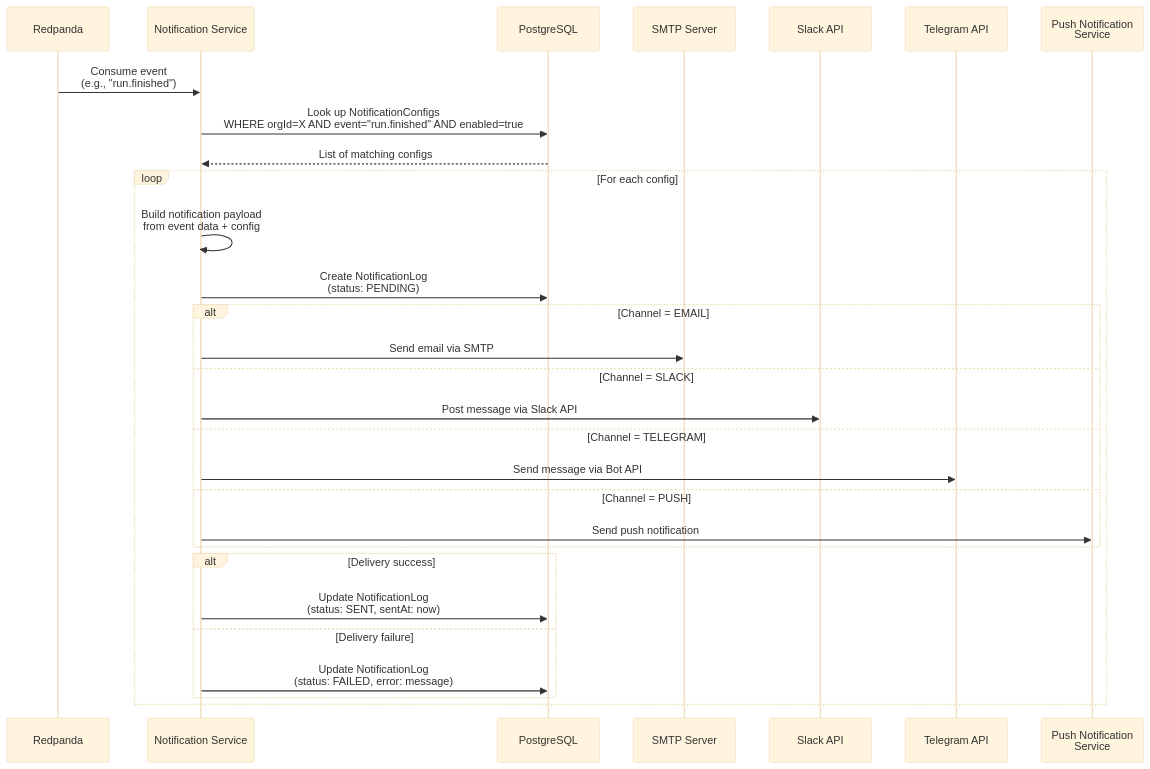
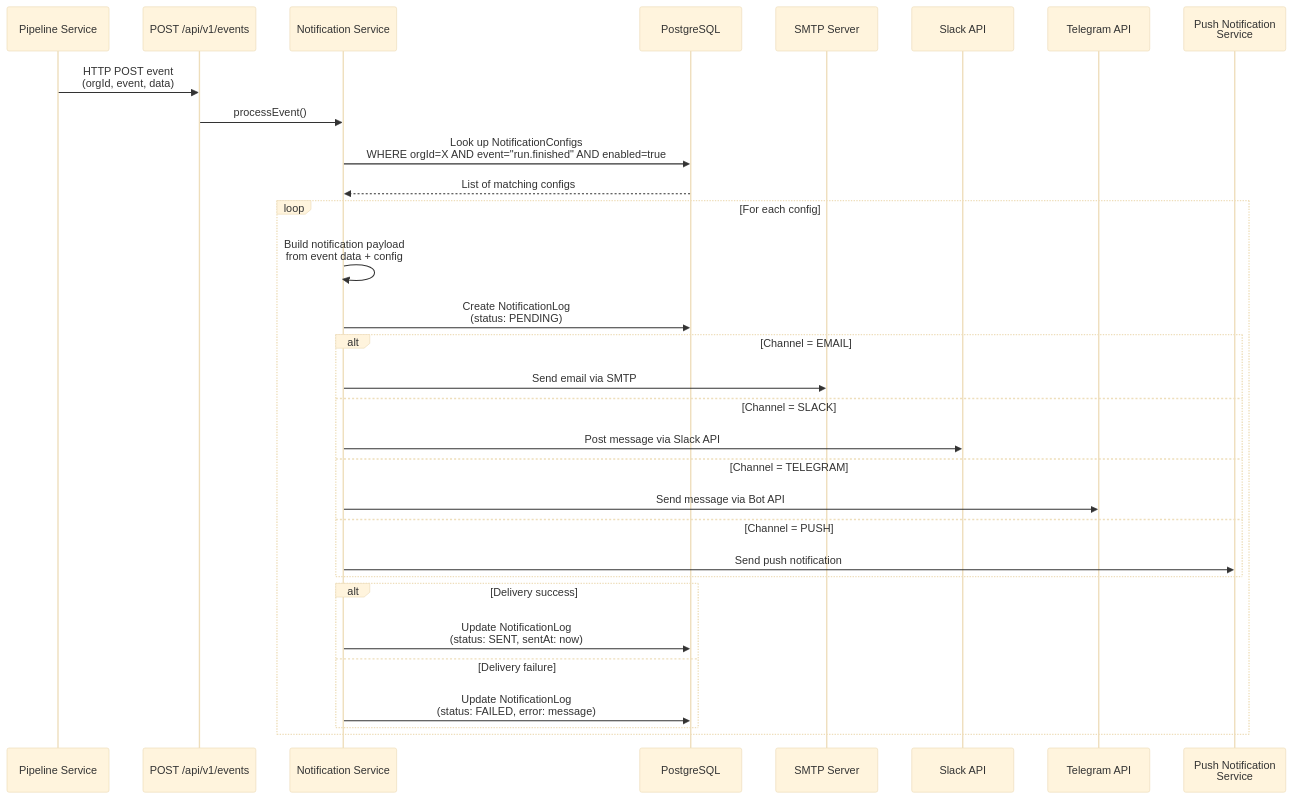
One commit to micode-ai/testing-ai-assistant changed the diagram in docs/en/services/notification.md. Above: the diagram before and after it, drawn with Mermaid (base theme). The commit also changed other lines of this file and 17 other files, not shown here.

````diff
--- a/docs/en/services/notification.md
+++ b/docs/en/services/notification.md
@@ -69,35 +127,37 @@
 ```mermaid
 sequenceDiagram
-    participant Redpanda
+    participant Pipeline as Pipeline Service
+    participant NotifyAPI as POST /api/v1/events
     participant NotifyService as Notification Service
     participant DB as PostgreSQL
     participant Email as SMTP Server
     participant Slack as Slack API
     participant Telegram as Telegram API
     participant Push as Push Notification<br/>Service
 
-    Redpanda->>NotifyService: Consume event<br/>(e.g., "run.finished")
+    Pipeline->>NotifyAPI: HTTP POST event<br/>(orgId, event, data)
+    NotifyAPI->>NotifyService: processEvent()
     NotifyService->>DB: Look up NotificationConfigs<br/>WHERE orgId=X AND event="run.finished" AND enabled=true
     DB-->>NotifyService: List of matching configs
 
     loop For each config
         NotifyService->>NotifyService: Build notification payload<br/>from event data + config
         NotifyService->>DB: Create NotificationLog<br/>(status: PENDING)
 
         alt Channel = EMAIL
             NotifyService->>Email: Send email via SMTP
         else Channel = SLACK
             NotifyService->>Slack: Post message via Slack API
         else Channel = TELEGRAM
             NotifyService->>Telegram: Send message via Bot API
         else Channel = PUSH
             NotifyService->>Push: Send push notification
         end
 
         alt Delivery success
             NotifyService->>DB: Update NotificationLog<br/>(status: SENT, sentAt: now)
         else Delivery failure
             NotifyService->>DB: Update NotificationLog<br/>(status: FAILED, error: message)
         end
     end
 ```
````
